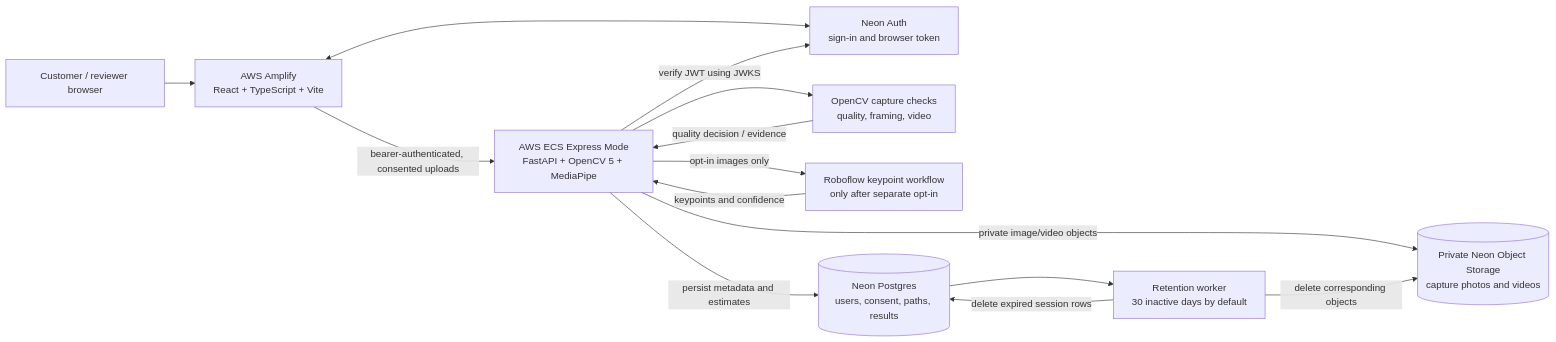
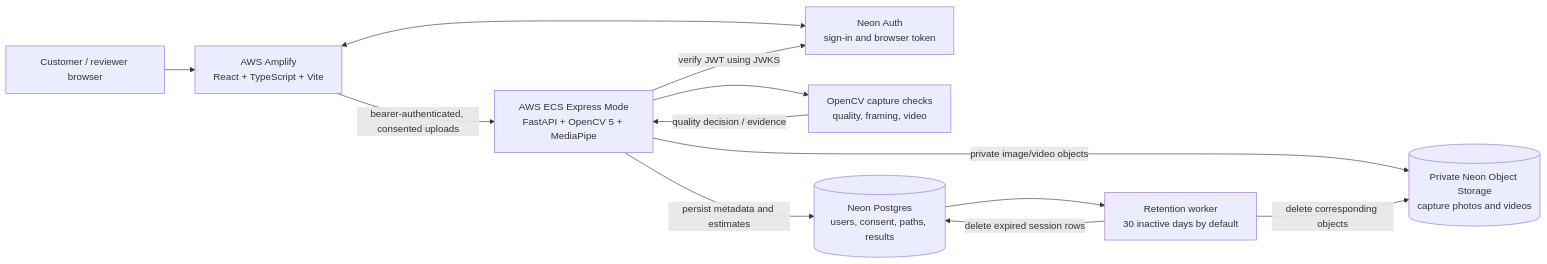
Before and after one commit to ginanisque/ginani-vision-fit: the diagram in docs/ARCHITECTURE.md, drawn with Mermaid. The commit also changed other lines of this file and 30 other files, not shown here.

````diff
--- a/docs/ARCHITECTURE.md
+++ b/docs/ARCHITECTURE.md
@@ -3,26 +3,23 @@
 ```mermaid
 flowchart LR
     Person[Customer / reviewer browser]
     Amplify[AWS Amplify<br/>React + TypeScript + Vite]
     Auth[Neon Auth<br/>sign-in and browser token]
     ECS[AWS ECS Express Mode<br/>FastAPI + OpenCV 5 + MediaPipe]
     CV[OpenCV capture checks<br/>quality, framing, video]
-    Provider[Roboflow keypoint workflow<br/>only after separate opt-in]
     DB[(Neon Postgres<br/>users, consent, paths, results)]
     Store[(Private Neon Object Storage<br/>capture photos and videos)]
     Retention[Retention worker<br/>30 inactive days by default]
 
     Person --> Amplify
     Amplify <--> Auth
     Amplify -->|bearer-authenticated, consented uploads| ECS
     ECS -->|verify JWT using JWKS| Auth
     ECS --> CV
     CV -->|quality decision / evidence| ECS
-    ECS -->|opt-in images only| Provider
-    Provider -->|keypoints and confidence| ECS
     ECS -->|persist metadata and estimates| DB
     ECS -->|private image/video objects| Store
     DB --> Retention
     Retention -->|delete expired session rows| DB
     Retention -->|delete corresponding objects| Store
 ```
````
